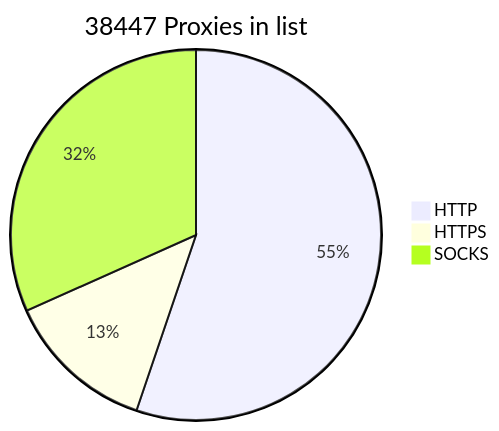
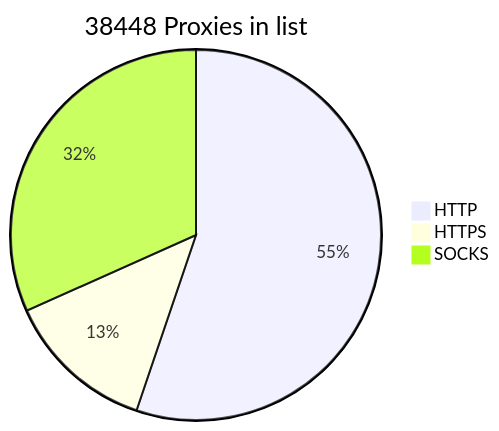
Before and after one commit to BlackSnowDot/proxylist-update-every-minute: the diagram in README.md, drawn with Mermaid.

````diff
--- a/README.md
+++ b/README.md
@@ -2,6 +2,6 @@
 ```mermaid
-pie title 38447 Proxies in list
+pie title 38448 Proxies in list
     "HTTP" : 23566
     "HTTPS": 5594
-    "SOCKS" : 13529
+    "SOCKS" : 13530
 ```
````
